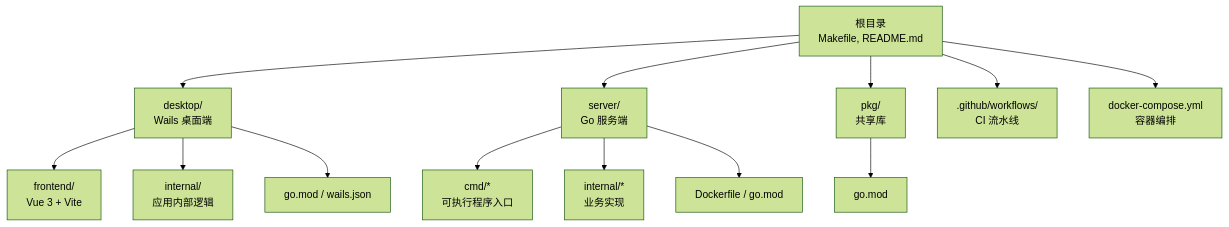
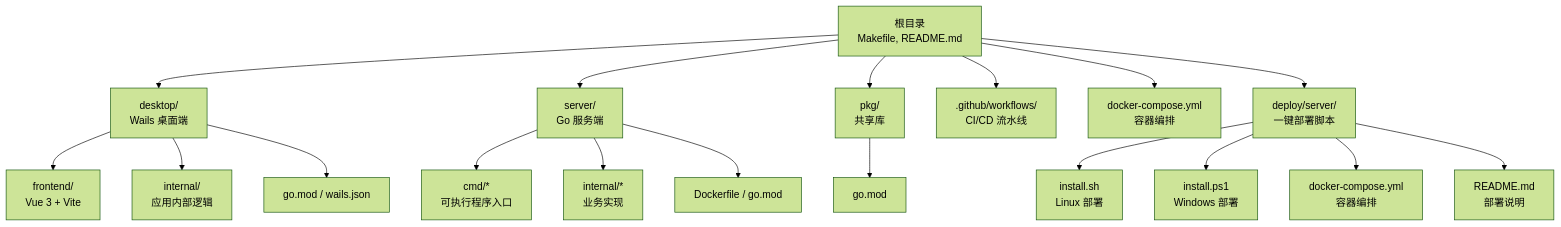
The first of 3 diagrams in .qoder/repowiki/zh/content/部署与运维.md (itsharex/NexTunnel), drawn with Mermaid (forest theme) before and after one commit. The commit also changed other lines of this file and 32 other files, not shown here.

````diff
--- a/.qoder/repowiki/zh/content/部署与运维.md
+++ b/.qoder/repowiki/zh/content/部署与运维.md
@@ -41,15 +59,20 @@
 ```mermaid
 graph TB
 A["根目录<br/>Makefile, README.md"] --> B["desktop/<br/>Wails 桌面端"]
 A --> C["server/<br/>Go 服务端"]
 A --> D["pkg/<br/>共享库"]
-A --> E[".github/workflows/<br/>CI 流水线"]
+A --> E[".github/workflows/<br/>CI/CD 流水线"]
 A --> F["docker-compose.yml<br/>容器编排"]
+A --> G["deploy/server/<br/>一键部署脚本"]
 B --> B1["frontend/<br/>Vue 3 + Vite"]
 B --> B2["internal/<br/>应用内部逻辑"]
 B --> B3["go.mod / wails.json"]
 C --> C1["cmd/*<br/>可执行程序入口"]
 C --> C2["internal/*<br/>业务实现"]
 C --> C3["Dockerfile / go.mod"]
+G --> G1["install.sh<br/>Linux 部署"]
+G --> G2["install.ps1<br/>Windows 部署"]
+G --> G3["docker-compose.yml<br/>容器编排"]
+G --> G4["README.md<br/>部署说明"]
 D --> D1["go.mod"]
 ```
````
